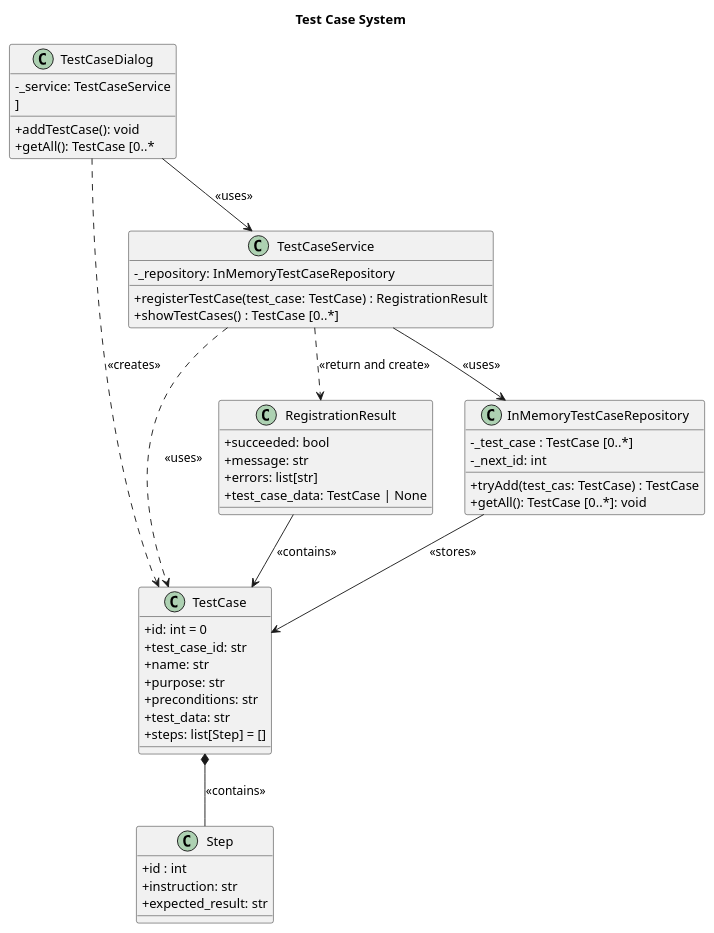
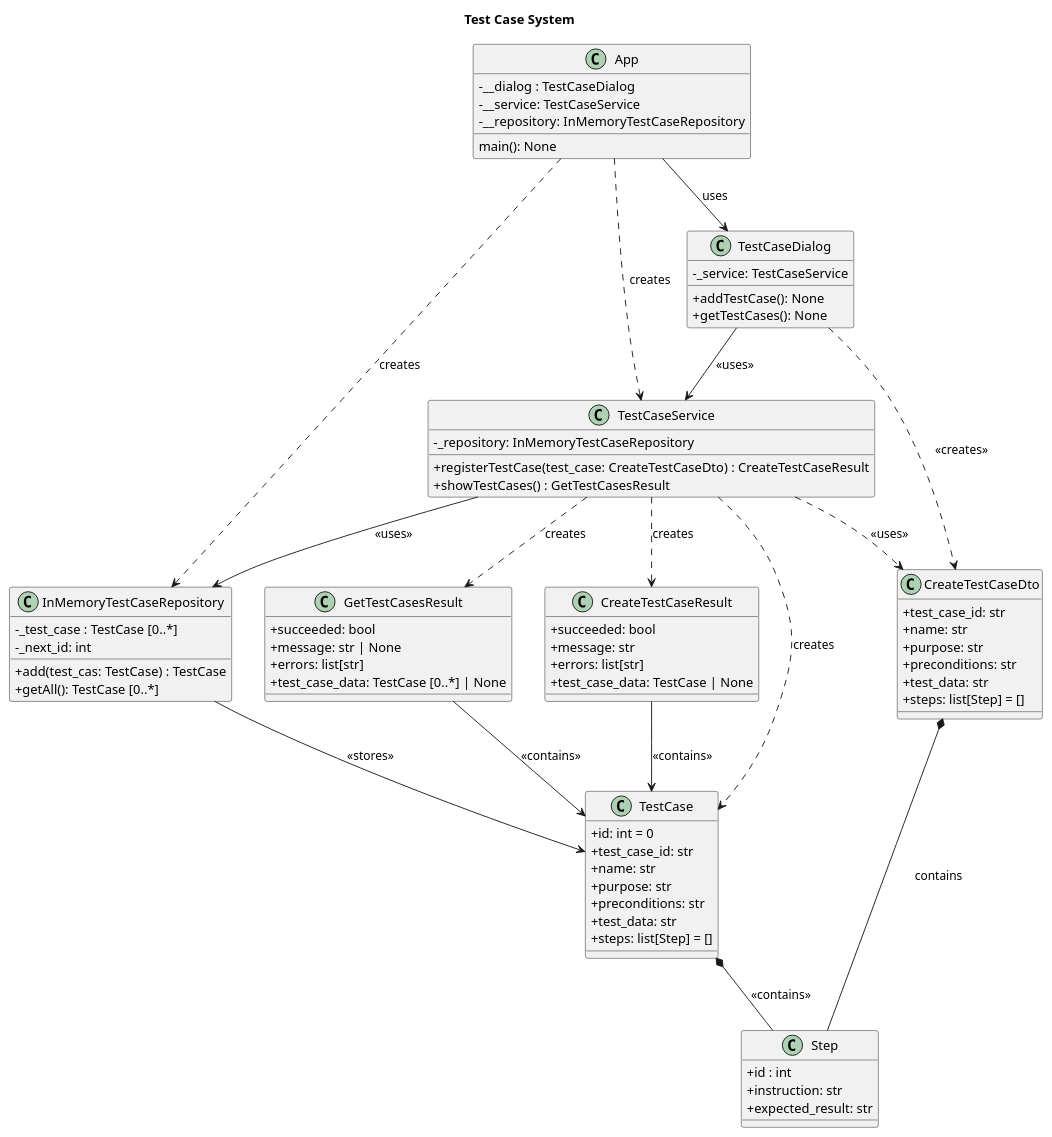
Before and after one commit to elhammmi/assignment1-diagrams: the diagram in class-diagram.puml, drawn with PlantUML.

Commit message:
update class diagram

```diff
--- a/class-diagram.puml
+++ b/class-diagram.puml
@@ -1,66 +1,98 @@
 @startuml classdiagram
 title Test Case System
 skinparam classAttributeIconSize 0
 
 class TestCase{
     + id: int = 0
     + test_case_id: str
     + name: str
     + purpose: str
     + preconditions: str
     + test_data: str
     + steps: list[Step] = []
 }
 
 class Step{
     + id : int
     + instruction: str
     + expected_result: str
 }
 
-class RegistrationResult{
+class CreateTestCaseDto{
+    + test_case_id: str
+    + name: str
+    + purpose: str
+    + preconditions: str
+    + test_data: str
+    + steps: list[Step] = []
+}
+
+class CreateTestCaseResult{
     + succeeded: bool
     + message: str
     + errors: list[str]
     + test_case_data: TestCase | None
 
 }
 
+class GetTestCasesResult{
+    + succeeded: bool
+    + message: str | None
+    + errors: list[str]
+    + test_case_data: TestCase [0..*] | None
+
+}
+
 class InMemoryTestCaseRepository{
     - _test_case : TestCase [0..*]
     - _next_id: int
-    + tryAdd(test_cas: TestCase) : TestCase
-    + getAll(): TestCase [0..*]: void
+    + add(test_cas: TestCase) : TestCase
+    + getAll(): TestCase [0..*]
 }
 
 class TestCaseService{
     - _repository: InMemoryTestCaseRepository
-    + registerTestCase(test_case: TestCase) : RegistrationResult
-    + showTestCases() : TestCase [0..*]
+    + registerTestCase(test_case: CreateTestCaseDto) : CreateTestCaseResult
+    + showTestCases() : GetTestCasesResult
 
 }
 
 class TestCaseDialog{
     - _service: TestCaseService
-    + addTestCase(): void
-    + getAll(): TestCase [0..*
-    ]
+    + addTestCase(): None
+    + getTestCases(): None
 }
 
-TestCase *-- Step : <<contains>>
-
-RegistrationResult --> TestCase : <<contains>>
+class App{
+    - __dialog : TestCaseDialog
+    - __service: TestCaseService
+    - __repository: InMemoryTestCaseRepository
+    main(): None
+}
 
 
-TestCaseDialog ..> TestCase : <<creates>>
+TestCase *-- Step : <<contains>>
+CreateTestCaseDto  *-- Step : contains
+
+CreateTestCaseResult  --> TestCase : <<contains>>
+GetTestCasesResult --> TestCase : <<contains>>
+
+
+TestCaseDialog ..> CreateTestCaseDto  : <<creates>>
 TestCaseDialog --> TestCaseService : <<uses>>
 
 TestCaseService --> InMemoryTestCaseRepository : <<uses>>
-TestCaseService ..> RegistrationResult : <<return and create>>
-TestCaseService ..> TestCase : <<uses>>
+TestCaseService ..> CreateTestCaseResult : creates
+TestCaseService ..> GetTestCasesResult : creates
+TestCaseService ..> CreateTestCaseDto  : <<uses>>
+TestCaseService ..> TestCase : creates
 
 InMemoryTestCaseRepository --> TestCase : <<stores>>
+
+App --> TestCaseDialog : uses
+App ..> TestCaseService : creates
+App ..> InMemoryTestCaseRepository : creates
 
 
 
 @enduml
```
